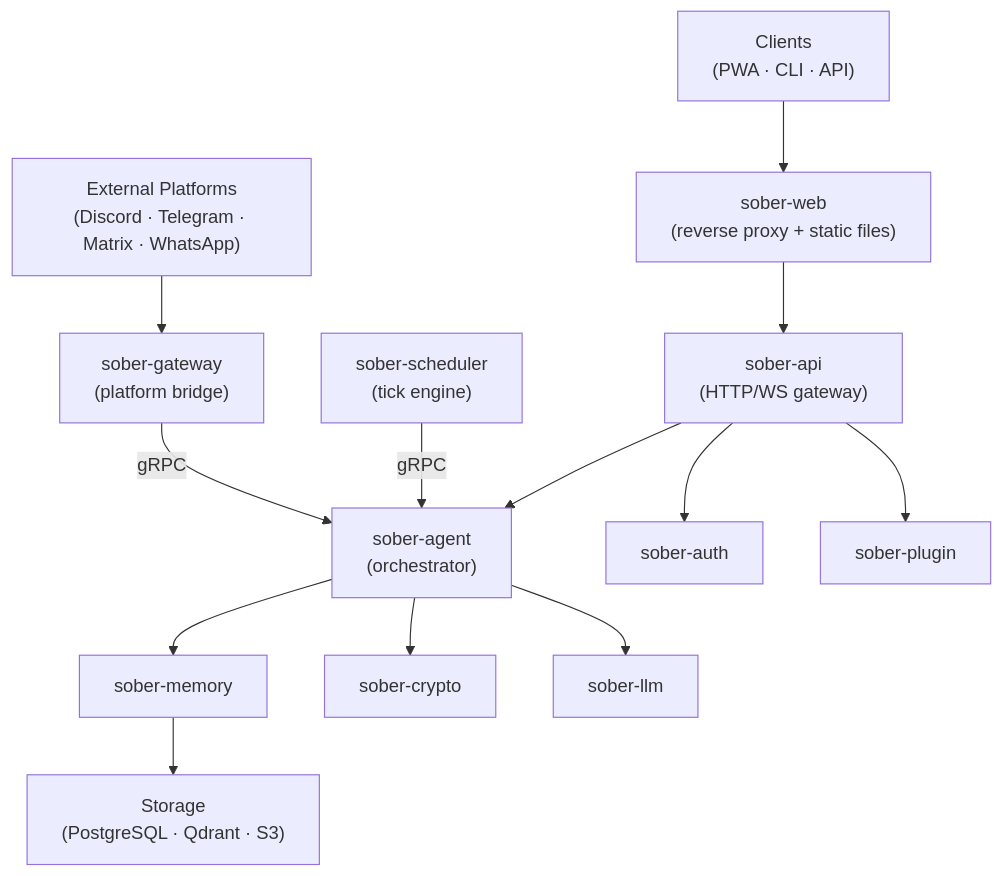
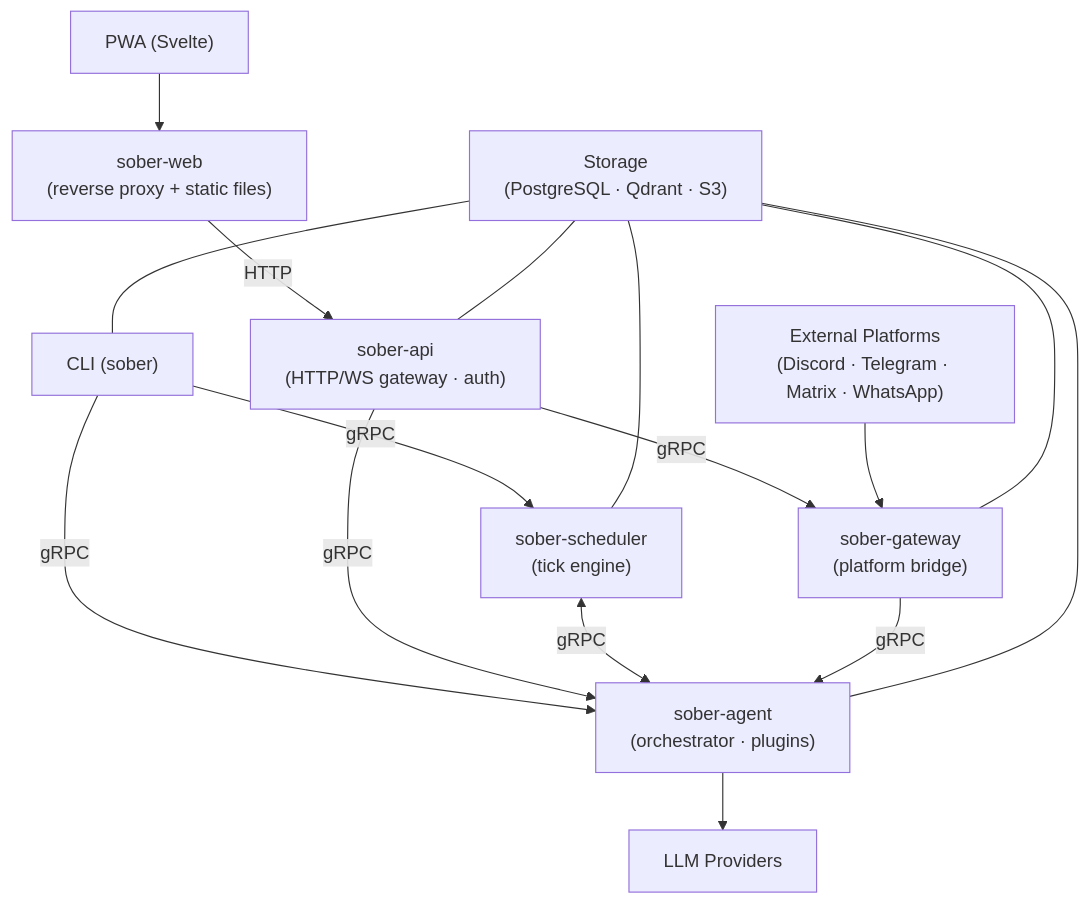
One commit to sober-io/sober changed the diagram in README.md. Above: the diagram before and after it, drawn with Mermaid. The commit also changed 1 other file, not shown here.

Commit message:
docs: fix service topology in architecture diagrams
Correct client routing: PWA through sober-web, CLI directly to
agent/scheduler/DB. Show sober-auth and sober-plugin as in-process
libraries (not separate services). Add all inter-service gRPC
connections including bidirectional agent↔scheduler and api→gateway.

````diff
--- a/README.md
+++ b/README.md
@@ -93,29 +93,24 @@
 ```mermaid
 flowchart TD
-    Clients["Clients\n(PWA · CLI · API)"]
+    PWA["PWA (Svelte)"]
+    CLI["CLI (sober)"]
     Platforms["External Platforms\n(Discord · Telegram · Matrix · WhatsApp)"]
     Web["sober-web\n(reverse proxy + static files)"]
-    API["sober-api\n(HTTP/WS gateway)"]
-    Agent["sober-agent\n(orchestrator)"]
-    Auth["sober-auth"]
-    Plugin["sober-plugin"]
+    API["sober-api\n(HTTP/WS gateway · auth)"]
+    Agent["sober-agent\n(orchestrator · plugins)"]
     Scheduler["sober-scheduler\n(tick engine)"]
     Gateway["sober-gateway\n(platform bridge)"]
-    Memory["sober-memory"]
-    Crypto["sober-crypto"]
-    LLM["sober-llm"]
+    LLM["LLM Providers"]
     Storage["Storage\n(PostgreSQL · Qdrant · S3)"]
 
-    Clients --> Web
-    Web --> API
-    API --> Agent
-    API --> Auth
-    API --> Plugin
-    Scheduler -->|gRPC| Agent
+    PWA --> Web -->|HTTP| API
+    CLI -->|gRPC| Agent
+    CLI -->|gRPC| Scheduler
+    API -->|gRPC| Agent
+    API -->|gRPC| Gateway
+    Scheduler <-->|gRPC| Agent
     Gateway -->|gRPC| Agent
     Platforms --> Gateway
-    Agent --> Memory
-    Agent --> Crypto
     Agent --> LLM
-    Memory --> Storage
+    Storage --- CLI & API & Agent & Scheduler & Gateway
 ```
````
